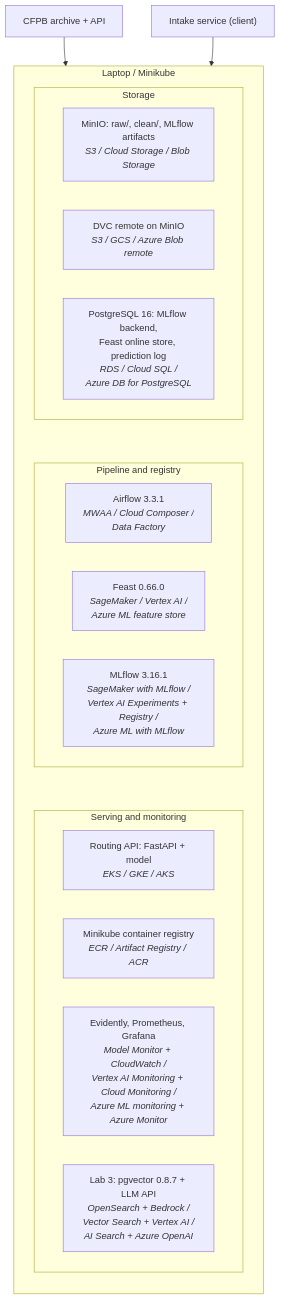
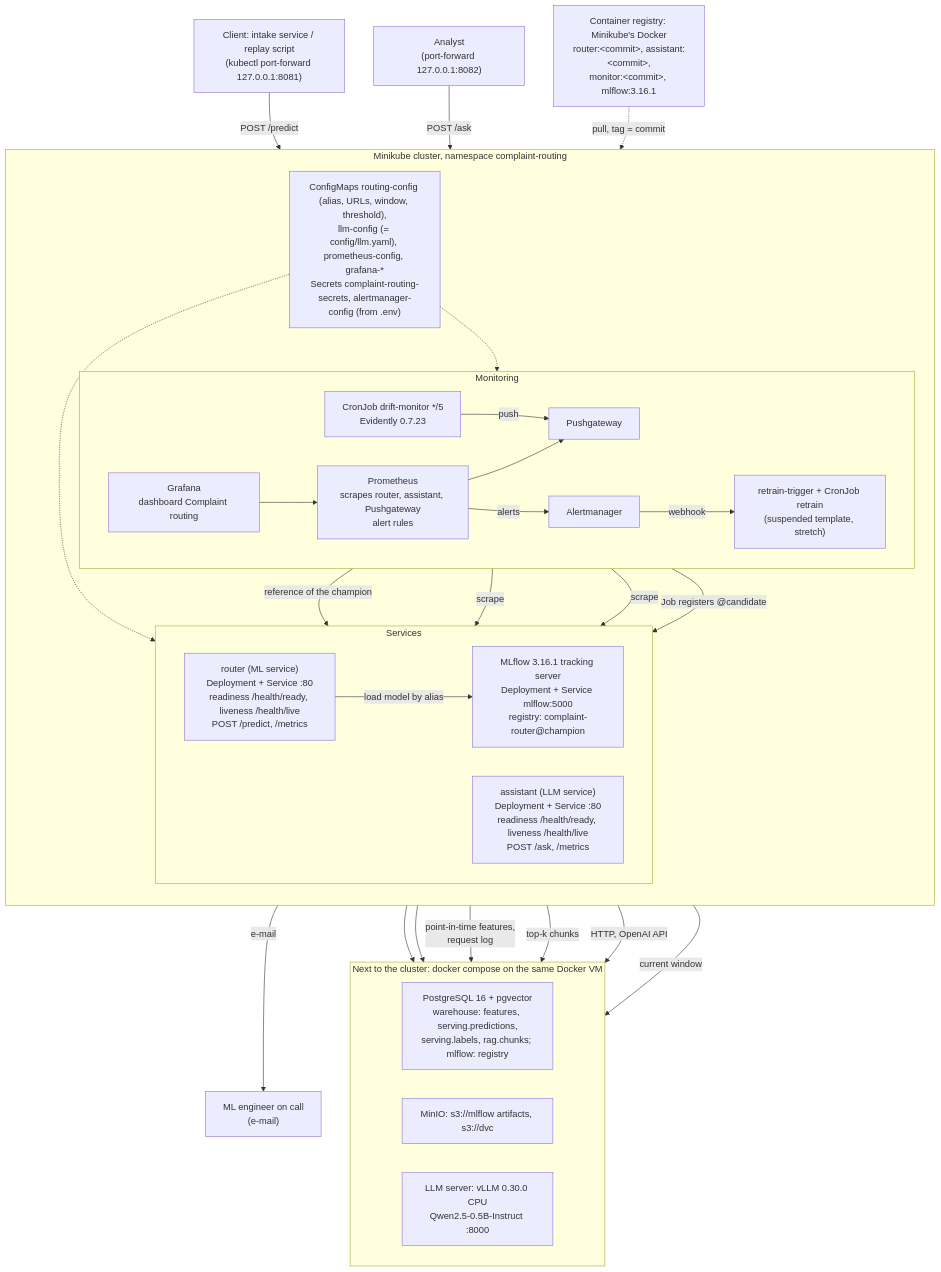
One commit to lev-laptinov/complaint-routing changed the fourth of 5 diagrams in docs/design.md. Above: the diagram before and after it, drawn with Mermaid. The commit also changed other lines of this file and 41 other files, not shown here.

First line of the commit message:
Lab 4: services, Minikube deployment, drift monitoring and alerting

````diff
--- a/docs/design.md
+++ b/docs/design.md
@@ -407,30 +407,55 @@
 ```mermaid
 flowchart TB
-    CFPB["CFPB archive + API"]
-    subgraph LAPTOP["Laptop / Minikube"]
+    CLIENT["Client: intake service / replay script<br/>(kubectl port-forward 127.0.0.1:8081)"]
+    ANALYST["Analyst<br/>(port-forward 127.0.0.1:8082)"]
+    REGISTRY["Container registry: Minikube's Docker<br/>router:&lt;commit&gt;, assistant:&lt;commit&gt;,<br/>monitor:&lt;commit&gt;, mlflow:3.16.1"]
+    subgraph MK["Minikube cluster, namespace complaint-routing"]
         direction TB
-        subgraph DATA["Storage"]
+        subgraph SVC["Services"]
             direction LR
-            MINIO["MinIO: raw/, clean/, MLflow artifacts<br/><i>S3 / Cloud Storage / Blob Storage</i>"]
-            DVC["DVC remote on MinIO<br/><i>S3 / GCS / Azure Blob remote</i>"]
-            PG["PostgreSQL 16: MLflow backend,<br/>Feast online store, prediction log<br/><i>RDS / Cloud SQL /<br/>Azure DB for PostgreSQL</i>"]
+            R["router (ML service)<br/>Deployment + Service :80<br/>readiness /health/ready, liveness /health/live<br/>POST /predict, /metrics"]
+            A["assistant (LLM service)<br/>Deployment + Service :80<br/>readiness /health/ready, liveness /health/live<br/>POST /ask, /metrics"]
+            M["MLflow 3.16.1 tracking server<br/>Deployment + Service mlflow:5000<br/>registry: complaint-router@champion"]
         end
-        subgraph PIPE["Pipeline and registry"]
+        subgraph MON["Monitoring"]
             direction LR
-            AF["Airflow 3.3.1<br/><i>MWAA / Cloud Composer /<br/>Data Factory</i>"]
-            FEAST["Feast 0.66.0<br/><i>SageMaker / Vertex AI /<br/>Azure ML feature store</i>"]
-            MLF["MLflow 3.16.1<br/><i>SageMaker with MLflow /<br/>Vertex AI Experiments + Registry /<br/>Azure ML with MLflow</i>"]
+            D["CronJob drift-monitor */5<br/>Evidently 0.7.23"]
+            PGW["Pushgateway"]
+            P["Prometheus<br/>scrapes router, assistant, Pushgateway<br/>alert rules"]
+            AM["Alertmanager"]
+            G["Grafana<br/>dashboard Complaint routing"]
+            T["retrain-trigger + CronJob retrain<br/>(suspended template, stretch)"]
         end
-        subgraph SERVE["Serving and monitoring"]
-            direction LR
-            SVC["Routing API: FastAPI + model<br/><i>EKS / GKE / AKS</i>"]
-            REG["Minikube container registry<br/><i>ECR / Artifact Registry / ACR</i>"]
-            MON["Evidently, Prometheus, Grafana<br/><i>Model Monitor + CloudWatch /<br/>Vertex AI Monitoring + Cloud Monitoring /<br/>Azure ML monitoring + Azure Monitor</i>"]
-            VEC["Lab 3: pgvector 0.8.7 + LLM API<br/><i>OpenSearch + Bedrock /<br/>Vector Search + Vertex AI /<br/>AI Search + Azure OpenAI</i>"]
-        end
-        DATA ~~~ PIPE ~~~ SERVE
+        CFG["ConfigMaps routing-config (alias, URLs, window, threshold),<br/>llm-config (= config/llm.yaml), prometheus-config, grafana-*<br/>Secrets complaint-routing-secrets, alertmanager-config (from .env)"]
     end
-    CLIENT["Intake service (client)"]
-    CFPB --> PIPE
-    CLIENT --> SERVE
+    subgraph NEXT["Next to the cluster: docker compose on the same Docker VM"]
+        direction LR
+        PG["PostgreSQL 16 + pgvector<br/>warehouse: features, serving.predictions,<br/>serving.labels, rag.chunks; mlflow: registry"]
+        S3["MinIO: s3://mlflow artifacts, s3://dvc"]
+        LLM["LLM server: vLLM 0.30.0 CPU<br/>Qwen2.5-0.5B-Instruct :8000"]
+    end
+    HUMAN["ML engineer on call<br/>(e-mail)"]
+
+    CLIENT -- "POST /predict" --> R
+    ANALYST -- "POST /ask" --> A
+    REGISTRY -. "pull, tag = commit" .-> SVC
+    R -- "load model by alias" --> M
+    M --> PG
+    M --> S3
+    R -- "point-in-time features,<br/>request log" --> PG
+    A -- "top-k chunks" --> PG
+    A -- "HTTP, OpenAI API" --> LLM
+    D -- "current window" --> PG
+    D -- "reference of the champion" --> M
+    D -- push --> PGW
+    P --> PGW
+    P -- scrape --> R
+    P -- scrape --> A
+    P -- alerts --> AM
+    G --> P
+    AM -- "e-mail" --> HUMAN
+    AM -- "webhook" --> T
+    T -- "Job registers @candidate" --> M
+    CFG -.-> SVC
+    CFG -.-> MON
 ```
````
